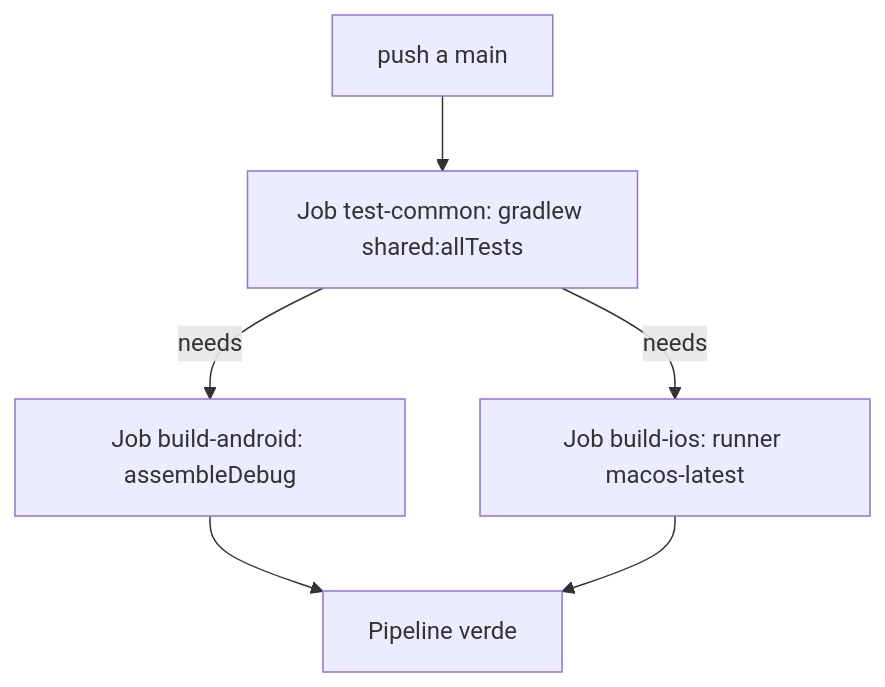
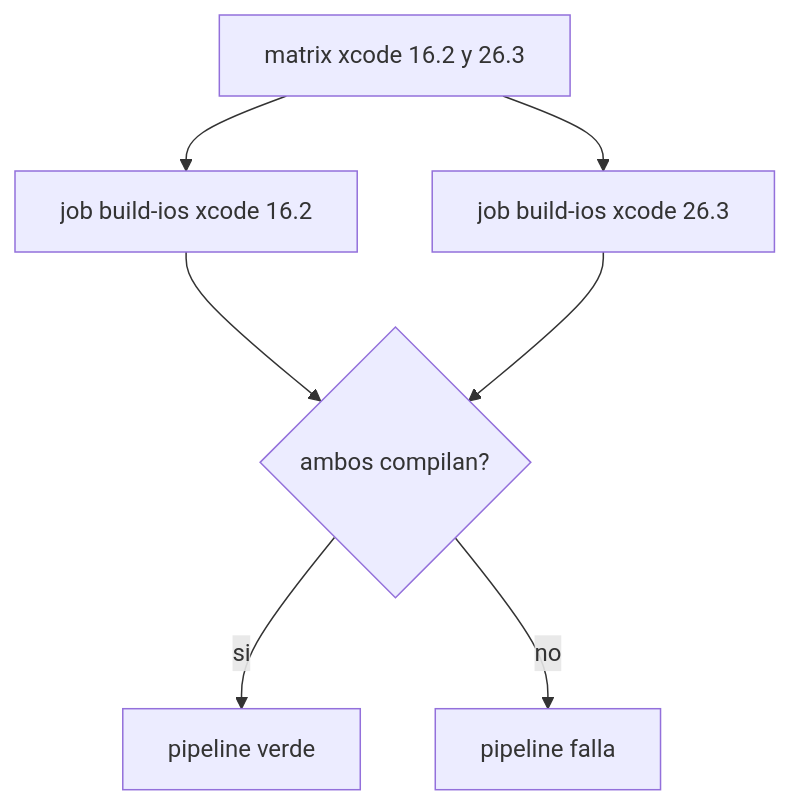
One commit to NICORUIZ93/The_Imperial_Book changed the eighth of 9 diagrams in web/public/content/kotlin-multiplatform/modulo-10.md. Above: the diagram before and after it, drawn with Mermaid. The commit also changed other lines of this file and 305 other files, not shown here.

````diff
--- a/web/public/content/kotlin-multiplatform/modulo-10.md
+++ b/web/public/content/kotlin-multiplatform/modulo-10.md
@@ -16,8 +289,9 @@
 ```mermaid
 flowchart TD
-    Push[push a main] --> TC[Job test-common: gradlew shared:allTests]
-    TC -->|needs| BA[Job build-android: assembleDebug]
-    TC -->|needs| BI[Job build-ios: runner macos-latest]
-    BA --> Verde[Pipeline verde]
-    BI --> Verde
+    Matrix["matrix xcode 16.2 y 26.3"] --> J1[job build-ios xcode 16.2]
+    Matrix --> J2[job build-ios xcode 26.3]
+    J1 --> Gate{ambos compilan?}
+    J2 --> Gate
+    Gate -->|si| Verde[pipeline verde]
+    Gate -->|no| Rojo[pipeline falla]
 ```
````
